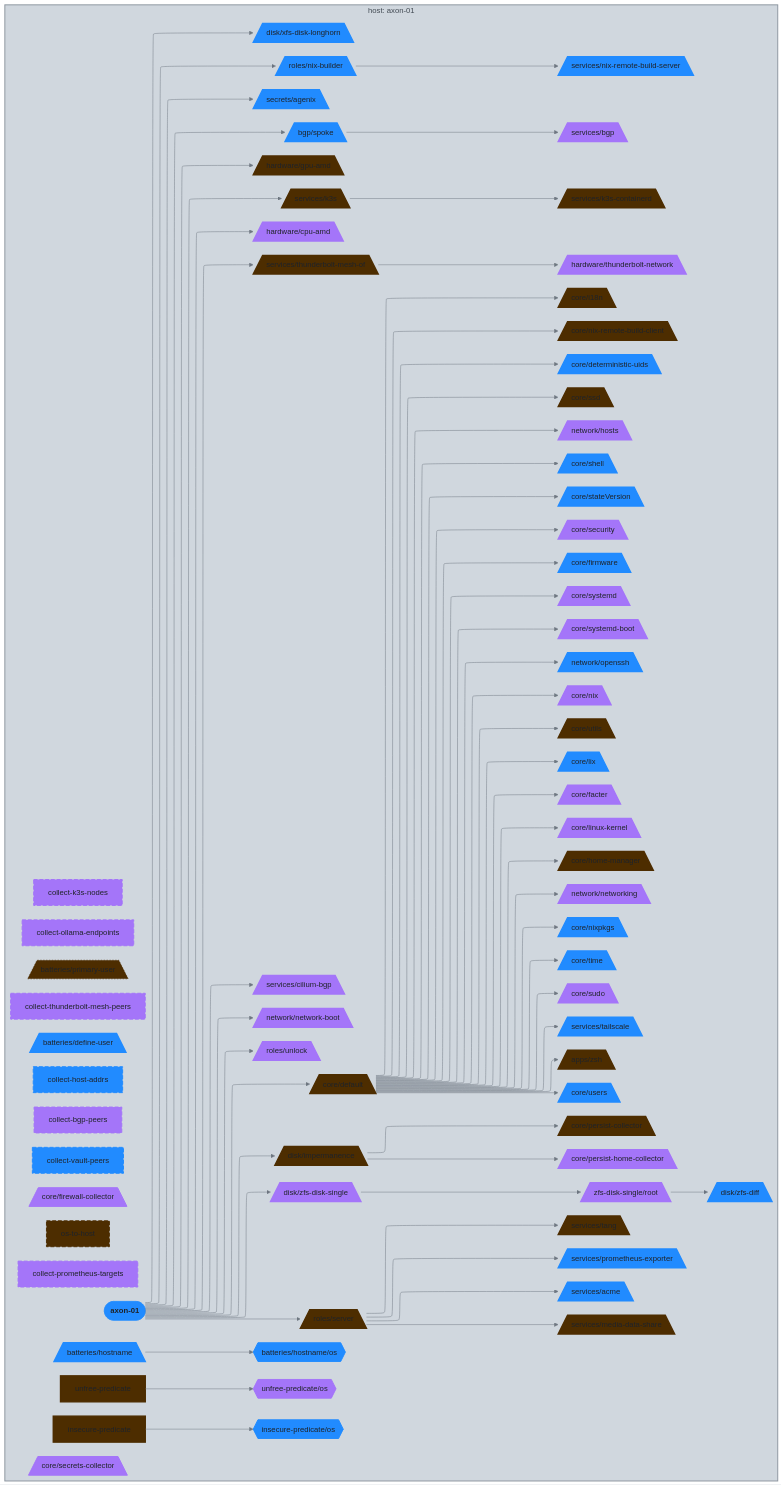
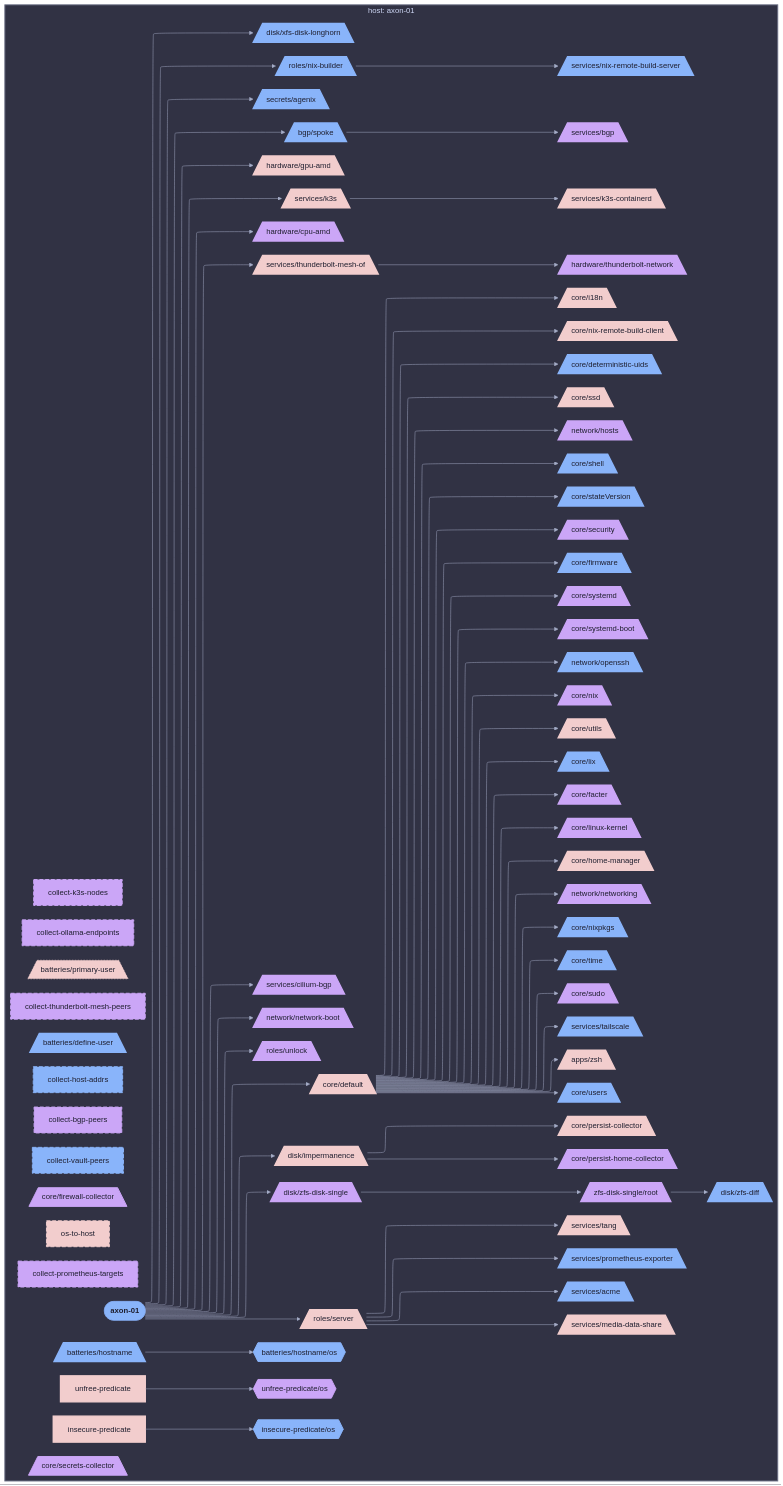
The diagram in diagrams/hosts/axon-01/aspects.md (sini/nix-config), drawn with Mermaid before and after one commit. The commit also changed 142 other files, not shown here.

First line of the commit message:
feat(diagrams): use projectScope for per-host/user views

````diff
--- a/diagrams/hosts/axon-01/aspects.md
+++ b/diagrams/hosts/axon-01/aspects.md
@@ -5,5 +5,5 @@
 ```mermaid
-%%{init: {"elk":{"mergeEdges":true,"nodePlacementStrategy":"BRANDES_KOEPF"},"flowchart":{"wrappingWidth":600},"layout":"elk","theme":"base","themeVariables":{"activationBkgColor":"#d0d7de","activationBorderColor":"#8c959f","actorBkg":"#d0d7de","actorBorder":"#6e7781","actorLineColor":"#6e7781","actorTextColor":"#424a53","background":"#eaeef2","classText":"#424a53","clusterBkg":"#d0d7de","clusterBorder":"#8c959f","edgeLabelBackground":"#eaeef2","labelBoxBkgColor":"#d0d7de","labelBoxBorderColor":"#6e7781","labelTextColor":"#424a53","lineColor":"#6e7781","loopTextColor":"#424a53","mainBkg":"#d0d7de","nodeBkg":"#d0d7de","nodeBorder":"#6e7781","nodeTextColor":"#424a53","noteBkgColor":"#d0d7de","noteBorderColor":"#8c959f","noteTextColor":"#424a53","pie1":"#fa4549","pie2":"#e16f24","pie3":"#bf8700","pie4":"#2da44e","pie5":"#339D9B","pie6":"#218bff","pie7":"#a475f9","pie8":"#4d2d00","pieLegendTextColor":"#424a53","pieOuterStrokeColor":"#8c959f","pieSectionTextColor":"#424a53","pieStrokeColor":"#8c959f","pieTitleTextColor":"#424a53","primaryBorderColor":"#6e7781","primaryColor":"#d0d7de","primaryTextColor":"#424a53","secondBkg":"#d0d7de","secondaryBorderColor":"#8c959f","secondaryColor":"#d0d7de","secondaryTextColor":"#424a53","sequenceNumberColor":"#eaeef2","signalColor":"#6e7781","signalTextColor":"#424a53","tertiaryBorderColor":"#8c959f","tertiaryColor":"#d0d7de","tertiaryTextColor":"#424a53","textColor":"#424a53","titleColor":"#424a53"}}}%%
+%%{init: {"elk":{"mergeEdges":true,"nodePlacementStrategy":"BRANDES_KOEPF"},"flowchart":{"wrappingWidth":600},"layout":"elk","theme":"base","themeVariables":{"activationBkgColor":"#313244","activationBorderColor":"#6c7086","actorBkg":"#313244","actorBorder":"#a6adc8","actorLineColor":"#a6adc8","actorTextColor":"#cdd6f4","background":"#1e1e2e","classText":"#cdd6f4","clusterBkg":"#313244","clusterBorder":"#6c7086","edgeLabelBackground":"#1e1e2e","labelBoxBkgColor":"#313244","labelBoxBorderColor":"#a6adc8","labelTextColor":"#cdd6f4","lineColor":"#a6adc8","loopTextColor":"#cdd6f4","mainBkg":"#313244","nodeBkg":"#313244","nodeBorder":"#a6adc8","nodeTextColor":"#cdd6f4","noteBkgColor":"#313244","noteBorderColor":"#6c7086","noteTextColor":"#cdd6f4","pie1":"#f38ba8","pie2":"#fab387","pie3":"#f9e2af","pie4":"#a6e3a1","pie5":"#94e2d5","pie6":"#89b4fa","pie7":"#cba6f7","pie8":"#f2cdcd","pieLegendTextColor":"#cdd6f4","pieOuterStrokeColor":"#6c7086","pieSectionTextColor":"#cdd6f4","pieStrokeColor":"#6c7086","pieTitleTextColor":"#cdd6f4","primaryBorderColor":"#a6adc8","primaryColor":"#313244","primaryTextColor":"#cdd6f4","secondBkg":"#313244","secondaryBorderColor":"#6c7086","secondaryColor":"#313244","secondaryTextColor":"#cdd6f4","sequenceNumberColor":"#1e1e2e","signalColor":"#a6adc8","signalTextColor":"#cdd6f4","tertiaryBorderColor":"#6c7086","tertiaryColor":"#313244","tertiaryTextColor":"#cdd6f4","textColor":"#cdd6f4","titleColor":"#cdd6f4"}}}%%
 graph LR
   axon_01([axon-01]):::root
 
@@ -136,85 +136,85 @@
   end
 
 
-  classDef root fill:#218bff,stroke:#218bff,color:#1f2328,font-weight:bold
-  classDef services__acme_c fill:#218bff,stroke:#218bff,color:#1f2328,stroke-width:3px
-  classDef secrets__agenix_c fill:#218bff,stroke:#218bff,color:#1f2328,stroke-width:3px
-  classDef apps_c fill:#2da44e,stroke:#2da44e,color:#1f2328,stroke-dasharray: 3 3,stroke-width:1px
-  classDef axon_01_c fill:#a475f9,stroke:#a475f9,color:#1f2328,stroke-width:3px
-  classDef services__bgp_c fill:#a475f9,stroke:#a475f9,color:#1f2328,stroke-width:3px
-  classDef services__cilium_bgp_c fill:#a475f9,stroke:#a475f9,color:#1f2328,stroke-width:3px
-  classDef collect_bgp_peers_c fill:#a475f9,stroke:#a475f9,color:#1f2328,stroke-width:2px,stroke-dasharray: 8 4
-  classDef collect_host_addrs_c fill:#218bff,stroke:#218bff,color:#1f2328,stroke-width:2px,stroke-dasharray: 8 4
-  classDef collect_k3s_nodes_c fill:#a475f9,stroke:#a475f9,color:#1f2328,stroke-width:2px,stroke-dasharray: 8 4
-  classDef collect_ollama_endpoints_c fill:#a475f9,stroke:#a475f9,color:#1f2328,stroke-width:2px,stroke-dasharray: 8 4
-  classDef collect_prometheus_targets_c fill:#a475f9,stroke:#a475f9,color:#1f2328,stroke-width:2px,stroke-dasharray: 8 4
-  classDef collect_thunderbolt_mesh_peers_c fill:#a475f9,stroke:#a475f9,color:#1f2328,stroke-width:2px,stroke-dasharray: 8 4
-  classDef collect_vault_peers_c fill:#218bff,stroke:#218bff,color:#1f2328,stroke-width:2px,stroke-dasharray: 8 4
-  classDef core_c fill:#bf8700,stroke:#bf8700,color:#1f2328,stroke-dasharray: 3 3,stroke-width:1px
-  classDef hardware__cpu_amd_c fill:#a475f9,stroke:#a475f9,color:#1f2328,stroke-width:3px
-  classDef core__default_c fill:#4d2d00,stroke:#4d2d00,color:#1f2328,stroke-width:3px
-  classDef den__batteries__define_user_c fill:#218bff,stroke:#218bff,color:#1f2328,stroke-width:3px
-  classDef core__deterministic_uids_c fill:#218bff,stroke:#218bff,color:#1f2328,stroke-width:3px
-  classDef disk_c fill:#2da44e,stroke:#2da44e,color:#1f2328,stroke-dasharray: 3 3,stroke-width:1px
-  classDef core__facter_c fill:#a475f9,stroke:#a475f9,color:#1f2328,stroke-width:3px
-  classDef core__firewall_collector_c fill:#a475f9,stroke:#a475f9,color:#1f2328,stroke-width:2px
-  classDef core__firmware_c fill:#218bff,stroke:#218bff,color:#1f2328,stroke-width:3px
-  classDef hardware__gpu_amd_c fill:#4d2d00,stroke:#4d2d00,color:#1f2328,stroke-width:3px
-  classDef hardware_c fill:#2da44e,stroke:#2da44e,color:#1f2328,stroke-dasharray: 3 3,stroke-width:1px
-  classDef core__home_manager_c fill:#4d2d00,stroke:#4d2d00,color:#1f2328,stroke-width:3px
-  classDef den__batteries__hostname_c fill:#218bff,stroke:#218bff,color:#1f2328,stroke-width:3px
-  classDef den__batteries__hostname__os_c fill:#218bff,stroke:#218bff,color:#1f2328,stroke-width:2px
-  classDef network__hosts_c fill:#a475f9,stroke:#a475f9,color:#1f2328,stroke-width:3px
-  classDef core__i18n_c fill:#4d2d00,stroke:#4d2d00,color:#1f2328,stroke-width:3px
-  classDef disk__impermanence_c fill:#4d2d00,stroke:#4d2d00,color:#1f2328,stroke-width:3px
-  classDef insecure_predicate_c fill:#4d2d00,stroke:#4d2d00,color:#1f2328,stroke-width:3px
-  classDef insecure_predicate__os_c fill:#218bff,stroke:#218bff,color:#1f2328,stroke-width:2px
-  classDef services__k3s_c fill:#4d2d00,stroke:#4d2d00,color:#1f2328,stroke-width:3px
-  classDef services__k3s_containerd_c fill:#4d2d00,stroke:#4d2d00,color:#1f2328,stroke-width:3px
-  classDef core__linux_kernel_c fill:#a475f9,stroke:#a475f9,color:#1f2328,stroke-width:3px
-  classDef core__lix_c fill:#218bff,stroke:#218bff,color:#1f2328,stroke-width:3px
-  classDef services__media_data_share_c fill:#4d2d00,stroke:#4d2d00,color:#1f2328,stroke-width:3px
-  classDef network_c fill:#e16f24,stroke:#e16f24,color:#1f2328,stroke-dasharray: 3 3,stroke-width:1px
-  classDef network__network_boot_c fill:#a475f9,stroke:#a475f9,color:#1f2328,stroke-width:3px
-  classDef network__networking_c fill:#a475f9,stroke:#a475f9,color:#1f2328,stroke-width:3px
-  classDef core__nix_c fill:#a475f9,stroke:#a475f9,color:#1f2328,stroke-width:3px
-  classDef roles__nix_builder_c fill:#218bff,stroke:#218bff,color:#1f2328,stroke-width:3px
-  classDef core__nix_remote_build_client_c fill:#4d2d00,stroke:#4d2d00,color:#1f2328,stroke-width:3px
-  classDef services__nix_remote_build_server_c fill:#218bff,stroke:#218bff,color:#1f2328,stroke-width:3px
-  classDef core__nixpkgs_c fill:#218bff,stroke:#218bff,color:#1f2328,stroke-width:3px
-  classDef network__openssh_c fill:#218bff,stroke:#218bff,color:#1f2328,stroke-width:3px
-  classDef os_to_host_c fill:#4d2d00,stroke:#4d2d00,color:#1f2328,stroke-width:2px,stroke-dasharray: 8 4
-  classDef core__persist_collector_c fill:#4d2d00,stroke:#4d2d00,color:#1f2328,stroke-width:3px
-  classDef core__persist_home_collector_c fill:#a475f9,stroke:#a475f9,color:#1f2328,stroke-width:3px
-  classDef den__batteries__primary_user_c fill:#4d2d00,stroke:#4d2d00,color:#1f2328,stroke-dasharray: 3 3,stroke-width:1px
-  classDef services__prometheus_exporter_c fill:#218bff,stroke:#218bff,color:#1f2328,stroke-width:3px
-  classDef roles_c fill:#2da44e,stroke:#2da44e,color:#1f2328,stroke-dasharray: 3 3,stroke-width:1px
-  classDef disk__zfs_disk_single__root_c fill:#a475f9,stroke:#a475f9,color:#1f2328,stroke-width:3px
-  classDef secrets_c fill:#bf8700,stroke:#bf8700,color:#1f2328,stroke-dasharray: 3 3,stroke-width:1px
-  classDef core__secrets_collector_c fill:#a475f9,stroke:#a475f9,color:#1f2328,stroke-width:2px
-  classDef core__security_c fill:#a475f9,stroke:#a475f9,color:#1f2328,stroke-width:3px
-  classDef roles__server_c fill:#4d2d00,stroke:#4d2d00,color:#1f2328,stroke-width:3px
-  classDef services_c fill:#2da44e,stroke:#2da44e,color:#1f2328,stroke-dasharray: 3 3,stroke-width:1px
-  classDef core__shell_c fill:#218bff,stroke:#218bff,color:#1f2328,stroke-width:3px
-  classDef services__bgp__spoke_c fill:#218bff,stroke:#218bff,color:#1f2328,stroke-width:3px
-  classDef core__ssd_c fill:#4d2d00,stroke:#4d2d00,color:#1f2328,stroke-width:3px
-  classDef core__stateVersion_c fill:#218bff,stroke:#218bff,color:#1f2328,stroke-width:3px
-  classDef core__sudo_c fill:#a475f9,stroke:#a475f9,color:#1f2328,stroke-width:3px
-  classDef core__systemd_c fill:#a475f9,stroke:#a475f9,color:#1f2328,stroke-width:3px
-  classDef core__systemd_boot_c fill:#a475f9,stroke:#a475f9,color:#1f2328,stroke-width:3px
-  classDef services__tailscale_c fill:#218bff,stroke:#218bff,color:#1f2328,stroke-width:3px
-  classDef services__tang_c fill:#4d2d00,stroke:#4d2d00,color:#1f2328,stroke-width:3px
-  classDef services__thunderbolt_mesh_of_c fill:#4d2d00,stroke:#4d2d00,color:#1f2328,stroke-width:3px
-  classDef hardware__thunderbolt_network_c fill:#a475f9,stroke:#a475f9,color:#1f2328,stroke-width:3px
-  classDef core__time_c fill:#218bff,stroke:#218bff,color:#1f2328,stroke-width:3px
-  classDef unfree_predicate_c fill:#4d2d00,stroke:#4d2d00,color:#1f2328,stroke-width:3px
-  classDef unfree_predicate__os_c fill:#a475f9,stroke:#a475f9,color:#1f2328,stroke-width:2px
-  classDef roles__unlock_c fill:#a475f9,stroke:#a475f9,color:#1f2328,stroke-width:3px
-  classDef core__users_c fill:#218bff,stroke:#218bff,color:#1f2328,stroke-width:3px
-  classDef core__utils_c fill:#4d2d00,stroke:#4d2d00,color:#1f2328,stroke-width:3px
-  classDef disk__xfs_disk_longhorn_c fill:#218bff,stroke:#218bff,color:#1f2328,stroke-width:3px
-  classDef disk__zfs_diff_c fill:#218bff,stroke:#218bff,color:#1f2328,stroke-width:3px
-  classDef disk__zfs_disk_single_c fill:#a475f9,stroke:#a475f9,color:#1f2328,stroke-width:3px
-  classDef apps__zsh_c fill:#4d2d00,stroke:#4d2d00,color:#1f2328,stroke-width:3px
-style ctx_host_axon_01 fill:#d0d7de,stroke:#8c959f,stroke-width:2px
+  classDef root fill:#89b4fa,stroke:#89b4fa,color:#1e1e2e,font-weight:bold
+  classDef services__acme_c fill:#89b4fa,stroke:#89b4fa,color:#1e1e2e,stroke-width:3px
+  classDef secrets__agenix_c fill:#89b4fa,stroke:#89b4fa,color:#1e1e2e,stroke-width:3px
+  classDef apps_c fill:#a6e3a1,stroke:#a6e3a1,color:#1e1e2e,stroke-dasharray: 3 3,stroke-width:1px
+  classDef axon_01_c fill:#cba6f7,stroke:#cba6f7,color:#1e1e2e,stroke-width:3px
+  classDef services__bgp_c fill:#cba6f7,stroke:#cba6f7,color:#1e1e2e,stroke-width:3px
+  classDef services__cilium_bgp_c fill:#cba6f7,stroke:#cba6f7,color:#1e1e2e,stroke-width:3px
+  classDef collect_bgp_peers_c fill:#cba6f7,stroke:#cba6f7,color:#1e1e2e,stroke-width:2px,stroke-dasharray: 8 4
+  classDef collect_host_addrs_c fill:#89b4fa,stroke:#89b4fa,color:#1e1e2e,stroke-width:2px,stroke-dasharray: 8 4
+  classDef collect_k3s_nodes_c fill:#cba6f7,stroke:#cba6f7,color:#1e1e2e,stroke-width:2px,stroke-dasharray: 8 4
+  classDef collect_ollama_endpoints_c fill:#cba6f7,stroke:#cba6f7,color:#1e1e2e,stroke-width:2px,stroke-dasharray: 8 4
+  classDef collect_prometheus_targets_c fill:#cba6f7,stroke:#cba6f7,color:#1e1e2e,stroke-width:2px,stroke-dasharray: 8 4
+  classDef collect_thunderbolt_mesh_peers_c fill:#cba6f7,stroke:#cba6f7,color:#1e1e2e,stroke-width:2px,stroke-dasharray: 8 4
+  classDef collect_vault_peers_c fill:#89b4fa,stroke:#89b4fa,color:#1e1e2e,stroke-width:2px,stroke-dasharray: 8 4
+  classDef core_c fill:#f9e2af,stroke:#f9e2af,color:#1e1e2e,stroke-dasharray: 3 3,stroke-width:1px
+  classDef hardware__cpu_amd_c fill:#cba6f7,stroke:#cba6f7,color:#1e1e2e,stroke-width:3px
+  classDef core__default_c fill:#f2cdcd,stroke:#f2cdcd,color:#1e1e2e,stroke-width:3px
+  classDef den__batteries__define_user_c fill:#89b4fa,stroke:#89b4fa,color:#1e1e2e,stroke-width:3px
+  classDef core__deterministic_uids_c fill:#89b4fa,stroke:#89b4fa,color:#1e1e2e,stroke-width:3px
+  classDef disk_c fill:#a6e3a1,stroke:#a6e3a1,color:#1e1e2e,stroke-dasharray: 3 3,stroke-width:1px
+  classDef core__facter_c fill:#cba6f7,stroke:#cba6f7,color:#1e1e2e,stroke-width:3px
+  classDef core__firewall_collector_c fill:#cba6f7,stroke:#cba6f7,color:#1e1e2e,stroke-width:2px
+  classDef core__firmware_c fill:#89b4fa,stroke:#89b4fa,color:#1e1e2e,stroke-width:3px
+  classDef hardware__gpu_amd_c fill:#f2cdcd,stroke:#f2cdcd,color:#1e1e2e,stroke-width:3px
+  classDef hardware_c fill:#a6e3a1,stroke:#a6e3a1,color:#1e1e2e,stroke-dasharray: 3 3,stroke-width:1px
+  classDef core__home_manager_c fill:#f2cdcd,stroke:#f2cdcd,color:#1e1e2e,stroke-width:3px
+  classDef den__batteries__hostname_c fill:#89b4fa,stroke:#89b4fa,color:#1e1e2e,stroke-width:3px
+  classDef den__batteries__hostname__os_c fill:#89b4fa,stroke:#89b4fa,color:#1e1e2e,stroke-width:2px
+  classDef network__hosts_c fill:#cba6f7,stroke:#cba6f7,color:#1e1e2e,stroke-width:3px
+  classDef core__i18n_c fill:#f2cdcd,stroke:#f2cdcd,color:#1e1e2e,stroke-width:3px
+  classDef disk__impermanence_c fill:#f2cdcd,stroke:#f2cdcd,color:#1e1e2e,stroke-width:3px
+  classDef insecure_predicate_c fill:#f2cdcd,stroke:#f2cdcd,color:#1e1e2e,stroke-width:3px
+  classDef insecure_predicate__os_c fill:#89b4fa,stroke:#89b4fa,color:#1e1e2e,stroke-width:2px
+  classDef services__k3s_c fill:#f2cdcd,stroke:#f2cdcd,color:#1e1e2e,stroke-width:3px
+  classDef services__k3s_containerd_c fill:#f2cdcd,stroke:#f2cdcd,color:#1e1e2e,stroke-width:3px
+  classDef core__linux_kernel_c fill:#cba6f7,stroke:#cba6f7,color:#1e1e2e,stroke-width:3px
+  classDef core__lix_c fill:#89b4fa,stroke:#89b4fa,color:#1e1e2e,stroke-width:3px
+  classDef services__media_data_share_c fill:#f2cdcd,stroke:#f2cdcd,color:#1e1e2e,stroke-width:3px
+  classDef network_c fill:#fab387,stroke:#fab387,color:#1e1e2e,stroke-dasharray: 3 3,stroke-width:1px
+  classDef network__network_boot_c fill:#cba6f7,stroke:#cba6f7,color:#1e1e2e,stroke-width:3px
+  classDef network__networking_c fill:#cba6f7,stroke:#cba6f7,color:#1e1e2e,stroke-width:3px
+  classDef core__nix_c fill:#cba6f7,stroke:#cba6f7,color:#1e1e2e,stroke-width:3px
+  classDef roles__nix_builder_c fill:#89b4fa,stroke:#89b4fa,color:#1e1e2e,stroke-width:3px
+  classDef core__nix_remote_build_client_c fill:#f2cdcd,stroke:#f2cdcd,color:#1e1e2e,stroke-width:3px
+  classDef services__nix_remote_build_server_c fill:#89b4fa,stroke:#89b4fa,color:#1e1e2e,stroke-width:3px
+  classDef core__nixpkgs_c fill:#89b4fa,stroke:#89b4fa,color:#1e1e2e,stroke-width:3px
+  classDef network__openssh_c fill:#89b4fa,stroke:#89b4fa,color:#1e1e2e,stroke-width:3px
+  classDef os_to_host_c fill:#f2cdcd,stroke:#f2cdcd,color:#1e1e2e,stroke-width:2px,stroke-dasharray: 8 4
+  classDef core__persist_collector_c fill:#f2cdcd,stroke:#f2cdcd,color:#1e1e2e,stroke-width:3px
+  classDef core__persist_home_collector_c fill:#cba6f7,stroke:#cba6f7,color:#1e1e2e,stroke-width:3px
+  classDef den__batteries__primary_user_c fill:#f2cdcd,stroke:#f2cdcd,color:#1e1e2e,stroke-dasharray: 3 3,stroke-width:1px
+  classDef services__prometheus_exporter_c fill:#89b4fa,stroke:#89b4fa,color:#1e1e2e,stroke-width:3px
+  classDef roles_c fill:#a6e3a1,stroke:#a6e3a1,color:#1e1e2e,stroke-dasharray: 3 3,stroke-width:1px
+  classDef disk__zfs_disk_single__root_c fill:#cba6f7,stroke:#cba6f7,color:#1e1e2e,stroke-width:3px
+  classDef secrets_c fill:#f9e2af,stroke:#f9e2af,color:#1e1e2e,stroke-dasharray: 3 3,stroke-width:1px
+  classDef core__secrets_collector_c fill:#cba6f7,stroke:#cba6f7,color:#1e1e2e,stroke-width:2px
+  classDef core__security_c fill:#cba6f7,stroke:#cba6f7,color:#1e1e2e,stroke-width:3px
+  classDef roles__server_c fill:#f2cdcd,stroke:#f2cdcd,color:#1e1e2e,stroke-width:3px
+  classDef services_c fill:#a6e3a1,stroke:#a6e3a1,color:#1e1e2e,stroke-dasharray: 3 3,stroke-width:1px
+  classDef core__shell_c fill:#89b4fa,stroke:#89b4fa,color:#1e1e2e,stroke-width:3px
+  classDef services__bgp__spoke_c fill:#89b4fa,stroke:#89b4fa,color:#1e1e2e,stroke-width:3px
+  classDef core__ssd_c fill:#f2cdcd,stroke:#f2cdcd,color:#1e1e2e,stroke-width:3px
+  classDef core__stateVersion_c fill:#89b4fa,stroke:#89b4fa,color:#1e1e2e,stroke-width:3px
+  classDef core__sudo_c fill:#cba6f7,stroke:#cba6f7,color:#1e1e2e,stroke-width:3px
+  classDef core__systemd_c fill:#cba6f7,stroke:#cba6f7,color:#1e1e2e,stroke-width:3px
+  classDef core__systemd_boot_c fill:#cba6f7,stroke:#cba6f7,color:#1e1e2e,stroke-width:3px
+  classDef services__tailscale_c fill:#89b4fa,stroke:#89b4fa,color:#1e1e2e,stroke-width:3px
+  classDef services__tang_c fill:#f2cdcd,stroke:#f2cdcd,color:#1e1e2e,stroke-width:3px
+  classDef services__thunderbolt_mesh_of_c fill:#f2cdcd,stroke:#f2cdcd,color:#1e1e2e,stroke-width:3px
+  classDef hardware__thunderbolt_network_c fill:#cba6f7,stroke:#cba6f7,color:#1e1e2e,stroke-width:3px
+  classDef core__time_c fill:#89b4fa,stroke:#89b4fa,color:#1e1e2e,stroke-width:3px
+  classDef unfree_predicate_c fill:#f2cdcd,stroke:#f2cdcd,color:#1e1e2e,stroke-width:3px
+  classDef unfree_predicate__os_c fill:#cba6f7,stroke:#cba6f7,color:#1e1e2e,stroke-width:2px
+  classDef roles__unlock_c fill:#cba6f7,stroke:#cba6f7,color:#1e1e2e,stroke-width:3px
+  classDef core__users_c fill:#89b4fa,stroke:#89b4fa,color:#1e1e2e,stroke-width:3px
+  classDef core__utils_c fill:#f2cdcd,stroke:#f2cdcd,color:#1e1e2e,stroke-width:3px
+  classDef disk__xfs_disk_longhorn_c fill:#89b4fa,stroke:#89b4fa,color:#1e1e2e,stroke-width:3px
+  classDef disk__zfs_diff_c fill:#89b4fa,stroke:#89b4fa,color:#1e1e2e,stroke-width:3px
+  classDef disk__zfs_disk_single_c fill:#cba6f7,stroke:#cba6f7,color:#1e1e2e,stroke-width:3px
+  classDef apps__zsh_c fill:#f2cdcd,stroke:#f2cdcd,color:#1e1e2e,stroke-width:3px
+style ctx_host_axon_01 fill:#313244,stroke:#6c7086,stroke-width:2px
 ```
````
